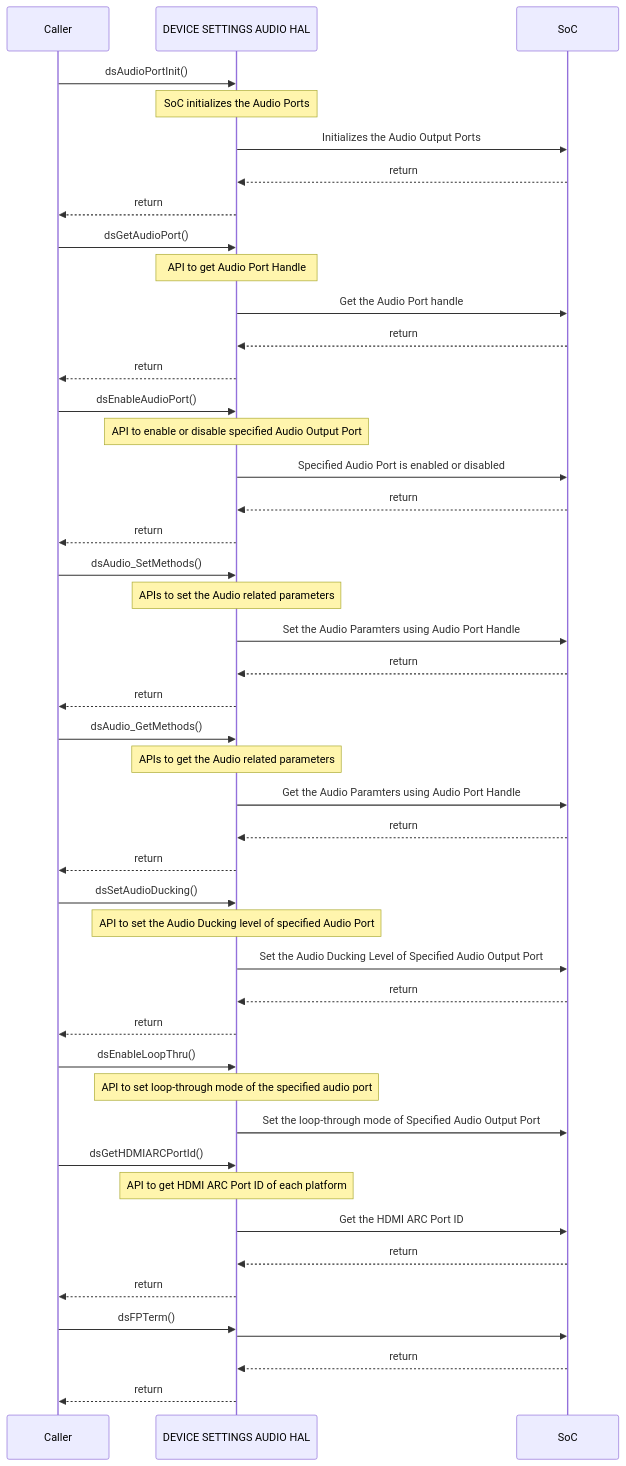
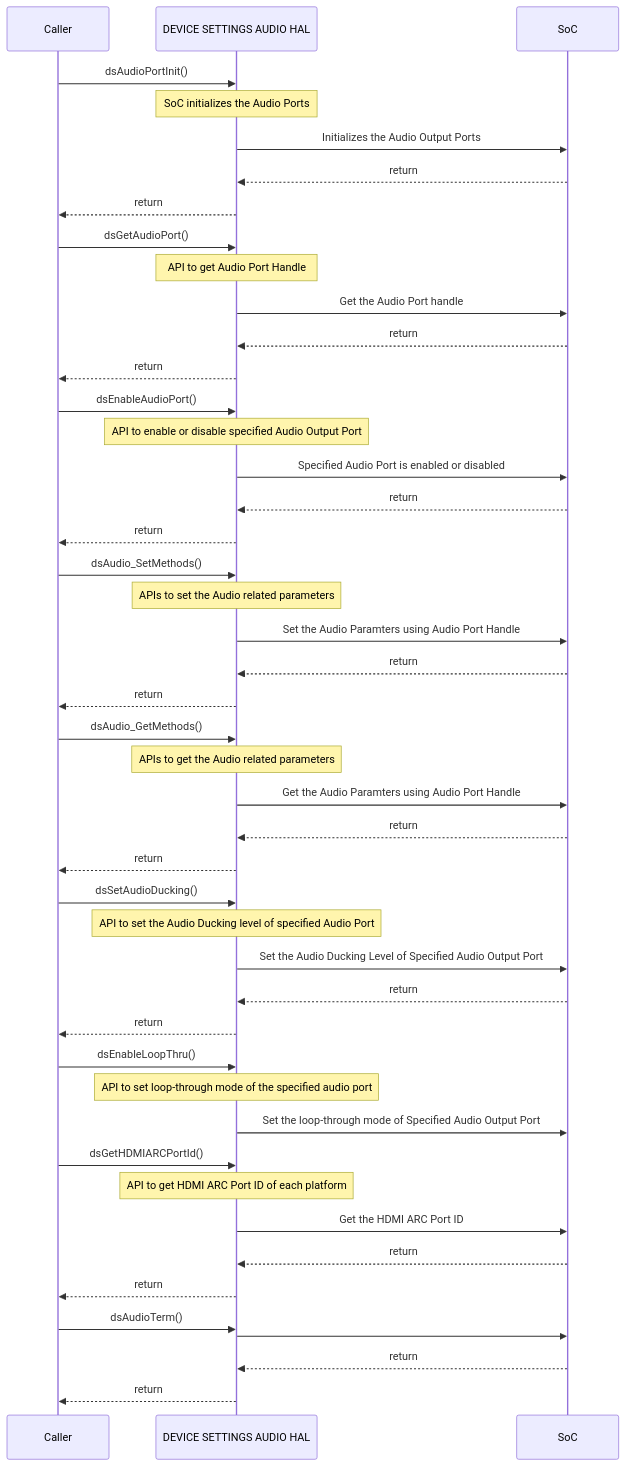
The second of 2 diagrams in docs/pages/ds-audio_halSpec.md (rdkcentral/rdk-halif-device_settings), drawn with Mermaid before and after one commit. The commit also changed other lines of this file, not shown here.

````diff
--- a/docs/pages/ds-audio_halSpec.md
+++ b/docs/pages/ds-audio_halSpec.md
@@ -214,49 +214,49 @@
 ```mermaid
 %%{ init : { "theme" : "default", "flowchart" : { "curve" : "stepBefore" }}}%%
    sequenceDiagram
     participant Caller as Caller
     participant HAL as DEVICE SETTINGS AUDIO HAL
     participant Driver as SoC
     Caller->>HAL:dsAudioPortInit()
     Note over HAL: SoC initializes the Audio Ports
     HAL->>Driver: Initializes the Audio Output Ports
     Driver-->>HAL:return
     HAL-->>Caller:return
     Caller->>HAL:dsGetAudioPort()
     Note over HAL: API to get Audio Port Handle
     HAL->>Driver: Get the Audio Port handle
     Driver-->>HAL:return
     HAL-->>Caller:return
     Caller->>HAL:dsEnableAudioPort()
     Note over HAL: API to enable or disable specified Audio Output Port
     HAL->>Driver:Specified Audio Port is enabled or disabled 
     Driver-->>HAL:return
     HAL-->>Caller:return
     Caller->>HAL:dsAudio_SetMethods()
     Note over HAL: APIs to set the Audio related parameters 
     HAL->>Driver: Set the Audio Paramters using Audio Port Handle
     Driver-->>HAL:return
     HAL-->>Caller:return
     Caller->>HAL:dsAudio_GetMethods()
     Note over HAL: APIs to get the Audio related parameters 
     HAL->>Driver: Get the Audio Paramters using Audio Port Handle
     Driver-->>HAL:return
     HAL-->>Caller:return
     Caller->>HAL:dsSetAudioDucking()
     Note over HAL: API to set the Audio Ducking level of specified Audio Port
     HAL->>Driver:Set the Audio Ducking Level of Specified Audio Output Port
     Driver-->>HAL:return
     HAL-->>Caller:return
     Caller->>HAL:dsEnableLoopThru()
     Note over HAL: API to set loop-through mode of the specified audio port
     HAL->>Driver:Set the loop-through mode of Specified Audio Output Port
     Caller->>HAL:dsGetHDMIARCPortId()
     Note over HAL: API to get HDMI ARC Port ID of each platform
     HAL->>Driver: Get the HDMI ARC Port ID   
     Driver-->>HAL:return
     HAL-->>Caller:return
-    Caller ->>HAL:dsFPTerm()
+    Caller ->>HAL:dsAudioTerm()
     HAL ->> Driver: 
     Driver-->>HAL:return
     HAL-->>Caller:return
  ```
````
